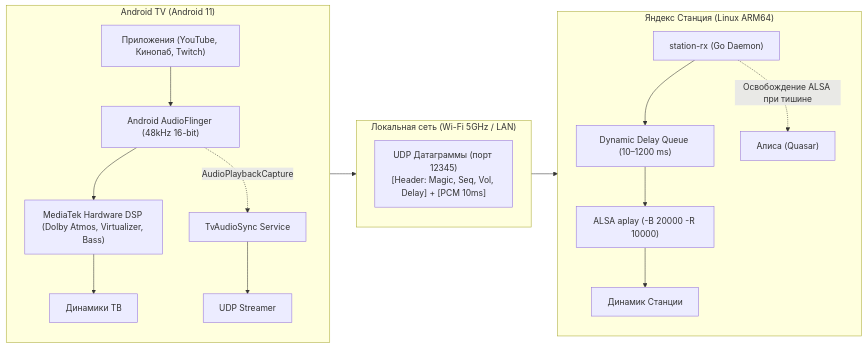
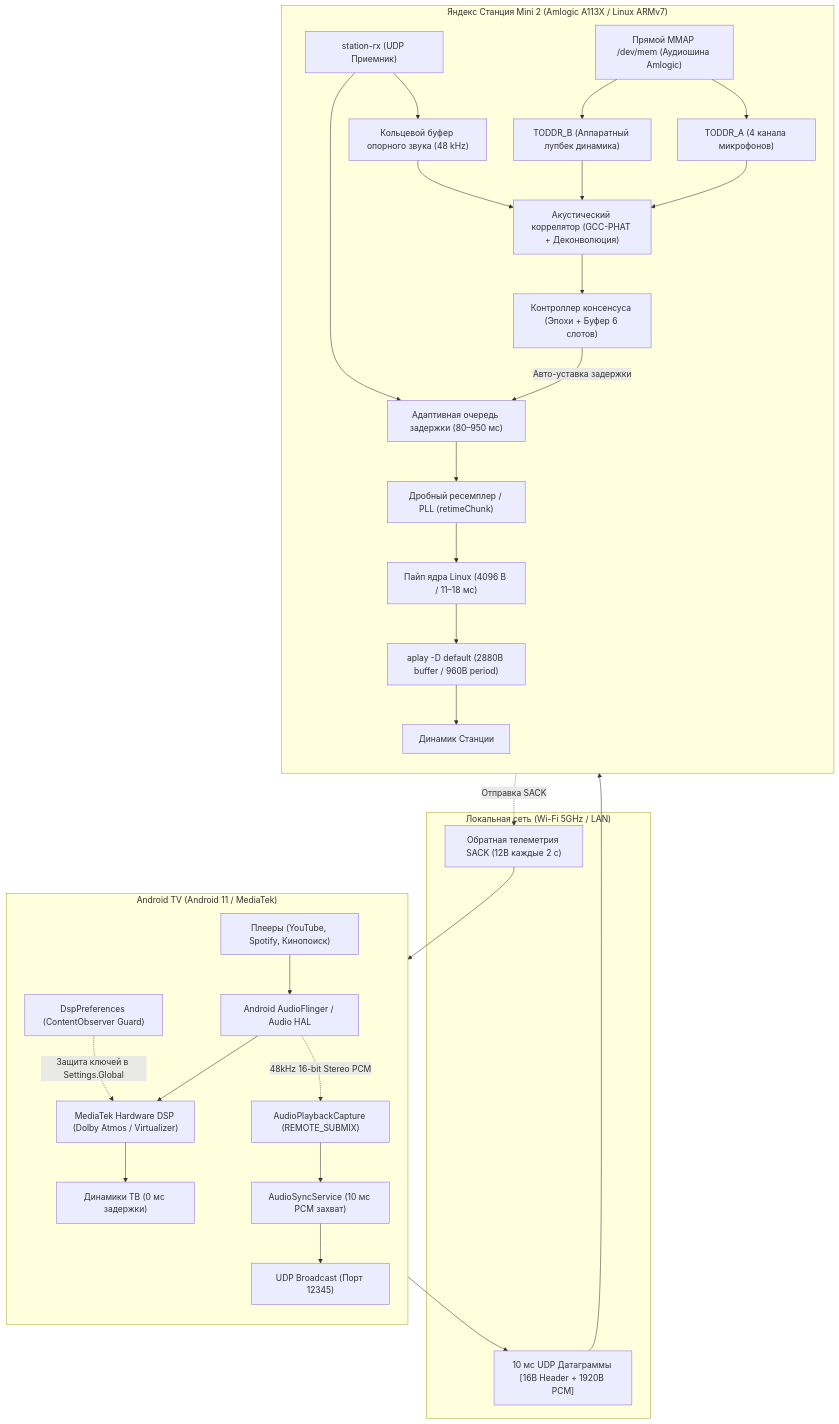
The diagram in README.md (07enzo07-cmd/tv-yandex-audio-sync), drawn with Mermaid before and after one commit. The commit also changed other lines of this file and 11 other files, not shown here.

Commit message:
feat(v2.0): universal zero-profile acoustic auto-sync, persistent DSP guard, voting consensus and documentation

````diff
--- a/README.md
+++ b/README.md
@@ -44,38 +38,63 @@
 ```mermaid
-flowchart LR
-    subgraph TV["Android TV (Android 11)"]
+flowchart TD
+    subgraph TV["Android TV (Android 11 / MediaTek)"]
         direction TB
-        APP["Приложения (YouTube, Кинопаб, Twitch)"]
-        HAL["Android AudioFlinger (48kHz 16-bit)"]
-        DSP["MediaTek Hardware DSP (Dolby Atmos, Virtualizer, Bass)"]
-        SPK_TV["Динамики ТВ"]
-        SERVICE["TvAudioSync Service"]
-        UDP_SEND["UDP Streamer"]
+        MEDIA["Плееры (YouTube, Spotify, Кинопоиск)"]
+        AF["Android AudioFlinger / Audio HAL"]
+        DSP_HW["MediaTek Hardware DSP (Dolby Atmos / Virtualizer)"]
+        TV_SPK["Динамики ТВ (0 мс задержки)"]
         
-        APP --> HAL
-        HAL --> DSP --> SPK_TV
-        HAL -.->|AudioPlaybackCapture| SERVICE
-        SERVICE --> UDP_SEND
+        SUBMIX["AudioPlaybackCapture (REMOTE_SUBMIX)"]
+        DSP_GUARD["DspPreferences (ContentObserver Guard)"]
+        SERVICE["AudioSyncService (10 мс PCM захват)"]
+        UDP_TX["UDP Broadcast (Порт 12345)"]
+        
+        MEDIA --> AF
+        AF --> DSP_HW --> TV_SPK
+        AF -.->|48kHz 16-bit Stereo PCM| SUBMIX
+        SUBMIX --> SERVICE
+        SERVICE --> UDP_TX
+        DSP_GUARD -.->|Защита ключей в Settings.Global| DSP_HW
     end
 
     subgraph NET["Локальная сеть (Wi-Fi 5GHz / LAN)"]
-        UDP_PKT["UDP Датаграммы (порт 12345)\n[Header: Magic, Seq, Vol, Delay] + [PCM 10ms]"]
+        UDP_STREAM["10 мс UDP Датаграммы [16B Header + 1920B PCM]"]
+        UDP_SACK["Обратная телеметрия SACK (12B каждые 2 с)"]
     end
 
-    subgraph STATION["Яндекс Станция (Linux ARM64)"]
+    subgraph STATION["Яндекс Станция Mini 2 (Amlogic A113X / Linux ARMv7)"]
         direction TB
-        DAEMON["station-rx (Go Daemon)"]
-        QUEUE["Dynamic Delay Queue (10–1200 ms)"]
-        ALSA["ALSA aplay (-B 20000 -R 10000)"]
-        SPK_ST["Динамик Станции"]
-        ALICE["Алиса (Quasar)"]
-
-        DAEMON --> QUEUE
-        QUEUE --> ALSA
-        ALSA --> SPK_ST
-        DAEMON -.->|Освобождение ALSA при тишине| ALICE
+        UDP_RX["station-rx (UDP Приемник)"]
+        RING_REF["Кольцевой буфер опорного звука (48 kHz)"]
+        QUEUE["Адаптивная очередь задержки (80–950 мс)"]
+        RETIME["Дробный ресемплер / PLL (retimeChunk)"]
+        ALSA_PIPE["Пайп ядра Linux (4096 B / 11–18 мс)"]
+        APLAY["aplay -D default (2880B buffer / 960B period)"]
+        ST_SPK["Динамик Станции"]
+        
+        MMAP["Прямой MMAP /dev/mem (Аудиошина Amlogic)"]
+        DMA_MICS["TODDR_A (4 канала микрофонов)"]
+        DMA_LOOP["TODDR_B (Аппаратный лупбек динамика)"]
+        
+        ESTIMATOR["Акустический коррелятор (GCC-PHAT + Деконволюция)"]
+        CONTROLLER["Контроллер консенсуса (Эпохи + Буфер 6 слотов)"]
+        
+        UDP_RX --> RING_REF
+        UDP_RX --> QUEUE
+        QUEUE --> RETIME --> ALSA_PIPE --> APLAY --> ST_SPK
+        
+        MMAP --> DMA_MICS
+        MMAP --> DMA_LOOP
+        
+        DMA_MICS --> ESTIMATOR
+        DMA_LOOP --> ESTIMATOR
+        RING_REF --> ESTIMATOR
+        
+        ESTIMATOR --> CONTROLLER
+        CONTROLLER -->|Авто-уставка задержки| QUEUE
+        CONTROLLER -.->|Отправка SACK| UDP_SACK
     end
 
-    UDP_SEND --> NET
-    NET --> DAEMON
+    UDP_TX --> UDP_STREAM --> UDP_RX
+    UDP_SACK --> SERVICE
 ```
````
